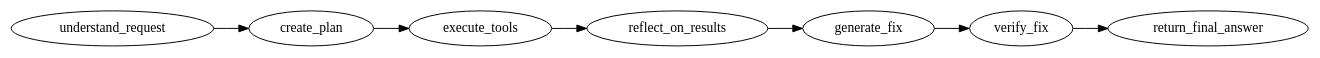
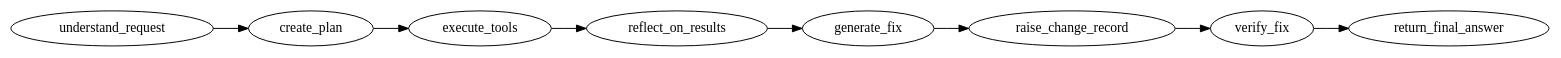
Before and after one commit to unneeks/agent-demo-de: the third of 4 diagrams in agentic-ai-ollama-demo/README.md, drawn with Graphviz. The commit also changed other lines of this file and 12 other files, not shown here.

````diff
--- a/agentic-ai-ollama-demo/README.md
+++ b/agentic-ai-ollama-demo/README.md
@@ -171,11 +290,12 @@
 ```dot
 digraph agent_workflow {
   rankdir=LR;
   understand_request -> create_plan;
   create_plan -> execute_tools;
   execute_tools -> reflect_on_results;
   reflect_on_results -> generate_fix;
-  generate_fix -> verify_fix;
+  generate_fix -> raise_change_record;
+  raise_change_record -> verify_fix;
   verify_fix -> return_final_answer;
 }
 ```
````
